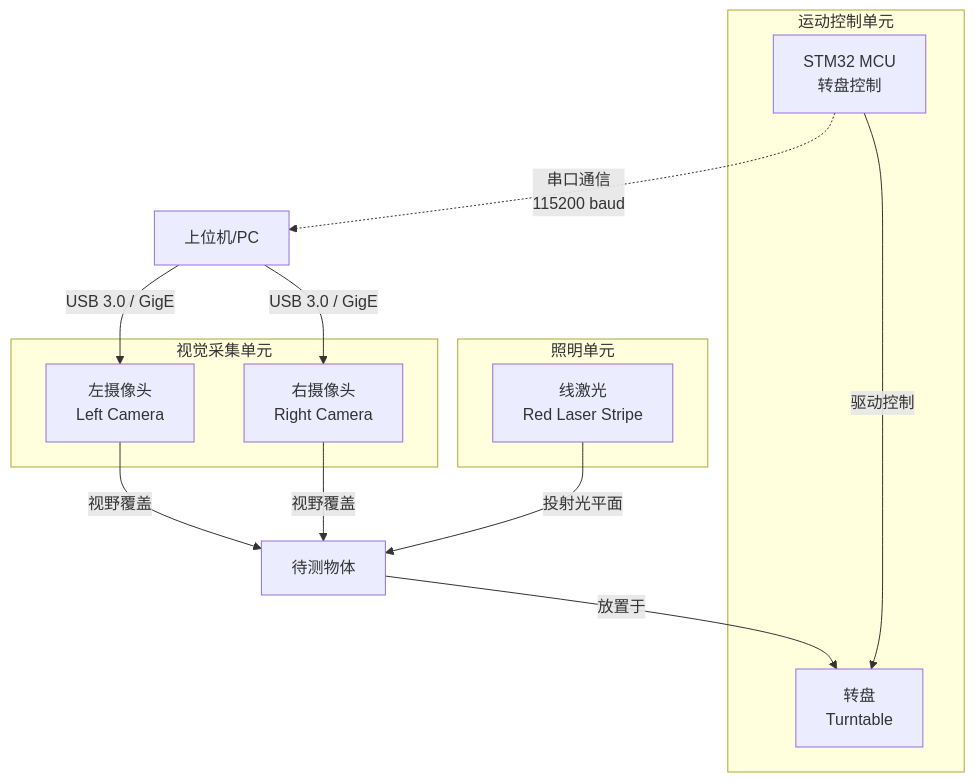
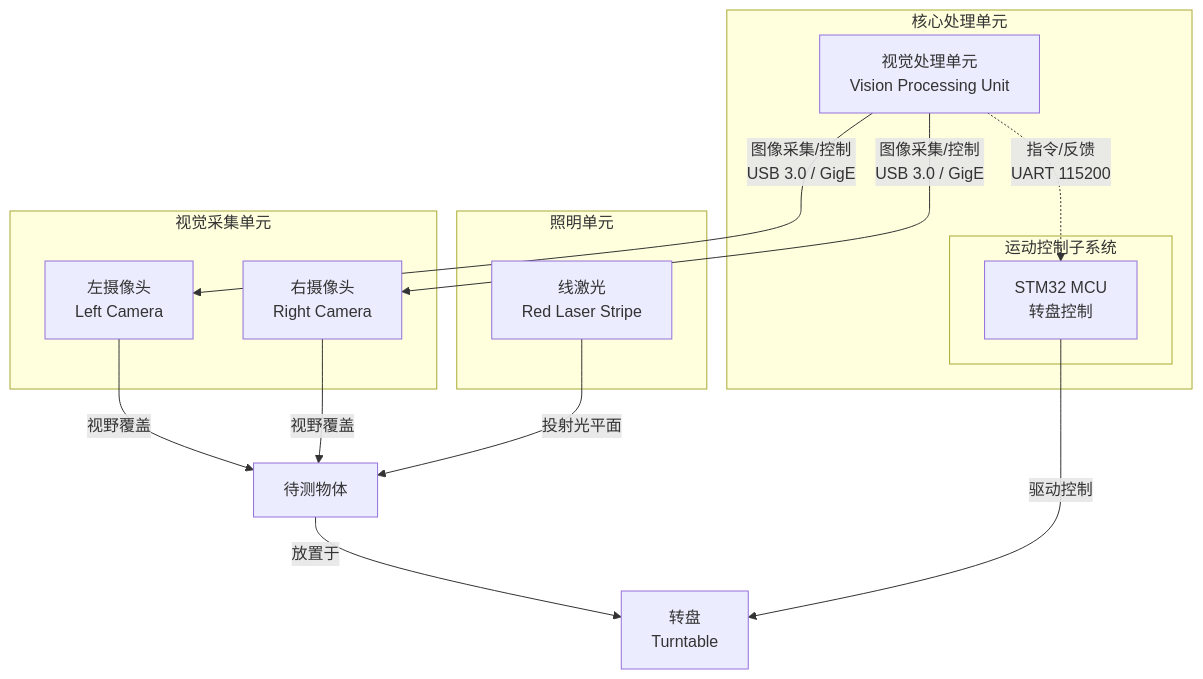
The first of 2 diagrams in README.md (Entzauberung-X/3D-reconstruction), drawn with Mermaid before and after one commit.

````diff
--- a/README.md
+++ b/README.md
@@ -11,30 +11,38 @@
 ```mermaid
 graph TB
     subgraph Vision_System [视觉采集单元]
         LC[左摄像头<br>Left Camera]
         RC[右摄像头<br>Right Camera]
     end
 
     subgraph Illumination [照明单元]
         LL[线激光<br>Red Laser Stripe]
     end
 
-    subgraph Motion_Control [运动控制单元]
-        TT[转盘<br>Turntable]
-        MCU[STM32 MCU<br>转盘控制]
+    subgraph Core_Processing_Unit [核心处理单元]
+        %% 上位机/软件系统
+        VPU[视觉处理单元<br>Vision Processing Unit]
+        
+        %% 下位机/硬件控制
+        subgraph Motion_Control [运动控制子系统]
+            MCU[STM32 MCU<br>转盘控制]
+        end
     end
 
     %% 连接关系
     LC -- 视野覆盖 --> OBJ[待测物体]
     RC -- 视野覆盖 --> OBJ
     LL -- 投射光平面 --> OBJ
     
-    OBJ -- 放置于 --> TT
+    OBJ -- 放置于 --> TT[转盘<br>Turntable]
+    
+    %% 内部连接：STM32 驱动转盘
     MCU -- 驱动控制 --> TT
     
-    MCU -.->|串口通信<br>115200 baud| Host[上位机/PC]
-
-    %% 补充：上位机与摄像头的连接
-    Host -- USB 3.0 / GigE --> LC
-    Host -- USB 3.0 / GigE --> RC
+    %% 内部通信：视觉单元与MCU
+    VPU -.->|指令/反馈 <br>UART 115200| MCU
+    
+    %% 外部采集连接：视觉单元与摄像头
+    VPU -- 图像采集/控制 <br>USB 3.0 / GigE --> LC
+    VPU -- 图像采集/控制 <br>USB 3.0 / GigE --> RC
 ```
````
